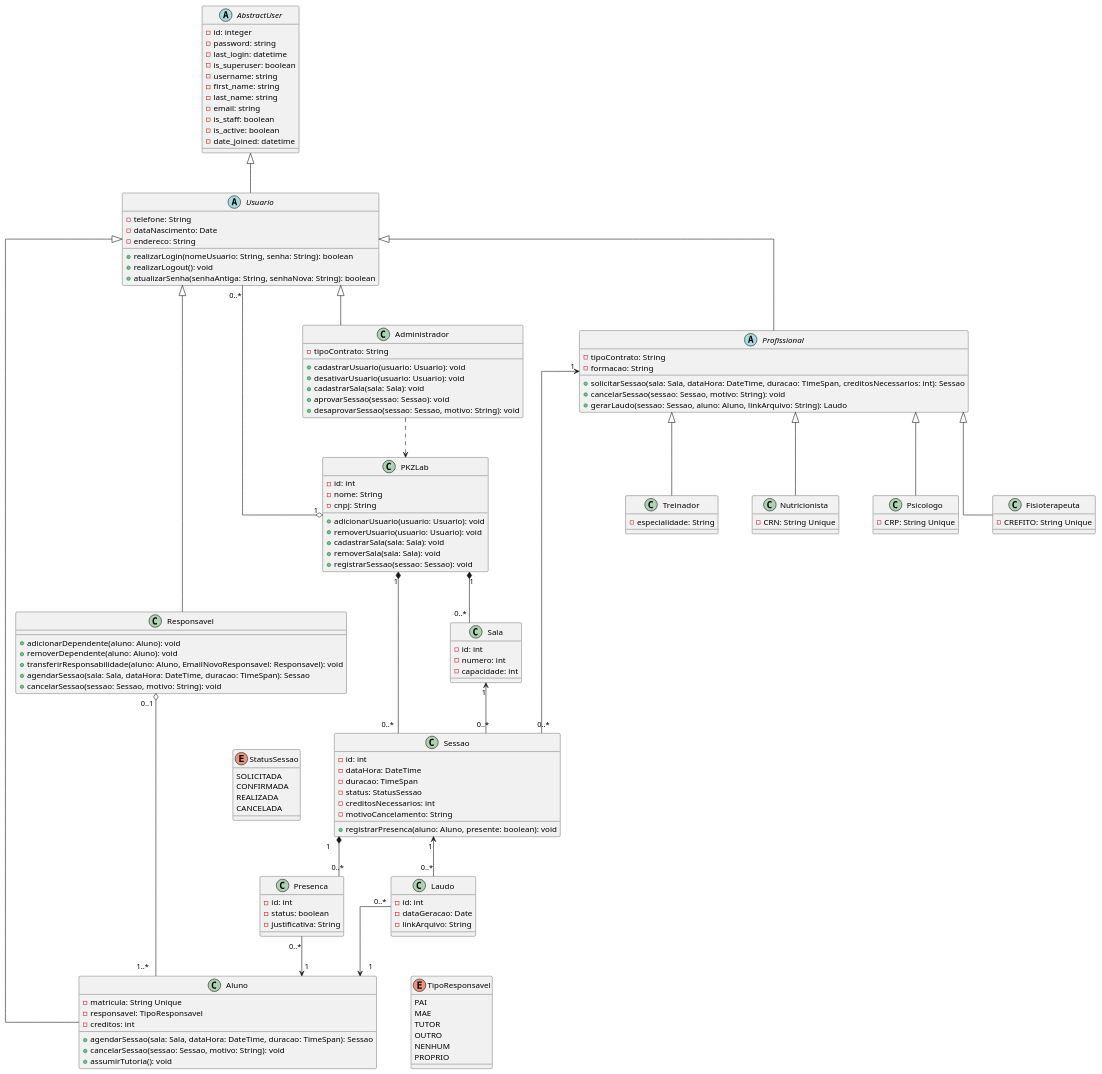
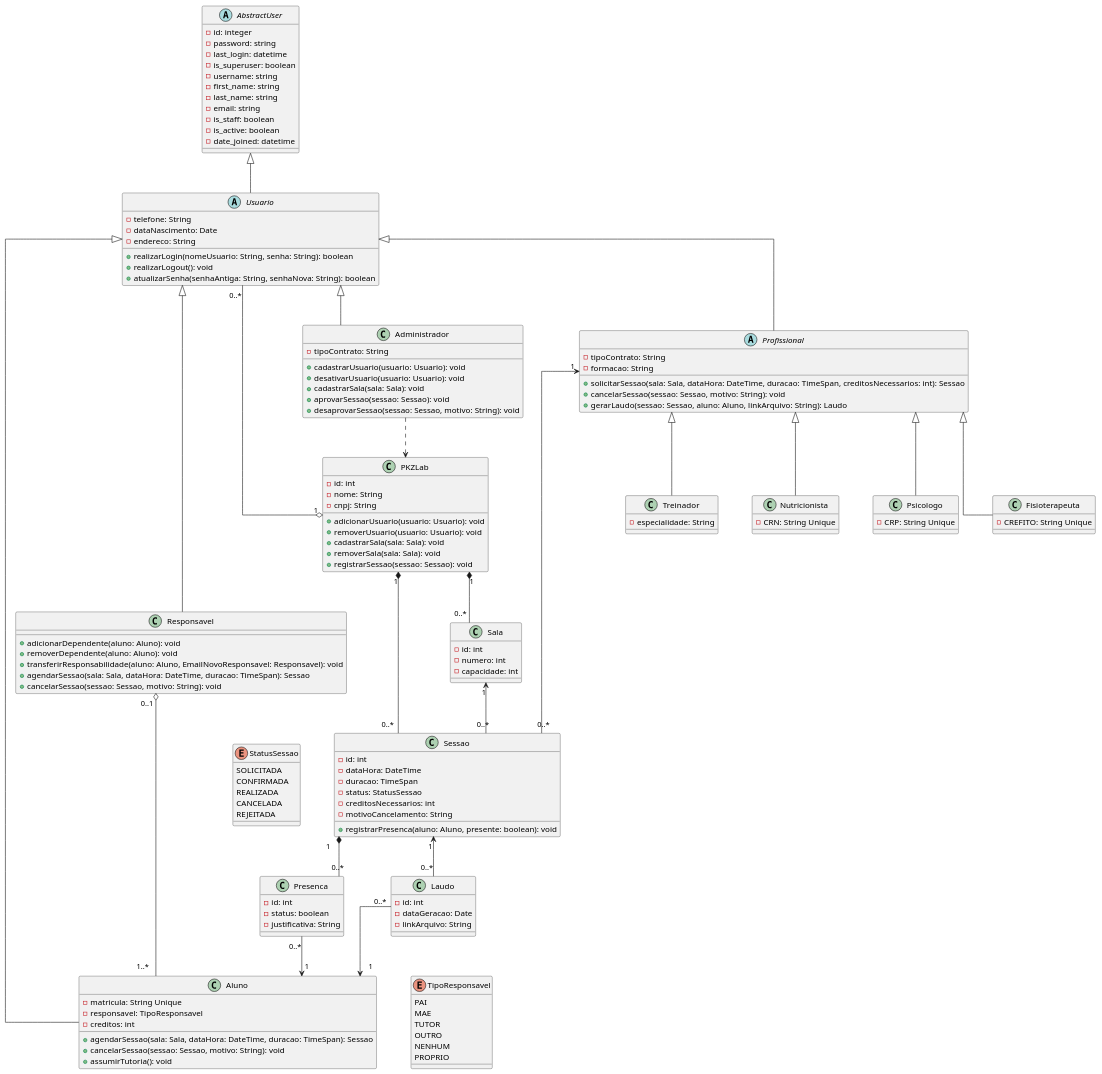
One commit to Projetos-de-Extensao/PECDII_26.2_8001_III changed the diagram in docs/Elaboracao/diagrama_de_classes.puml. Above: the diagram before and after it, drawn with PlantUML.

Commit message:
docs: atualiza o diagrama de classes, adicionando o atributo REJEITADA no enumerador StatusSessao

```diff
--- a/docs/Elaboracao/diagrama_de_classes.puml
+++ b/docs/Elaboracao/diagrama_de_classes.puml
@@ -1,187 +1,188 @@
 @startuml
 skinparam linetype ortho
 skinparam nodesep 60
 skinparam ranksep 70
 
 ' ==========================================
 ' ENUMS
 ' ==========================================
 enum StatusSessao {
     SOLICITADA
     CONFIRMADA
     REALIZADA
     CANCELADA
+    REJEITADA
+}
+
+enum TipoResponsavel {
+    PAI
+    MAE
+    TUTOR
+    OUTRO
+    NENHUM
+    PROPRIO
 }
 
 ' ==========================================
 ' AGREGADOR RAIZ / SISTEMA (PKZLab)
 ' ==========================================
 class PKZLab {
     - id: int
     - nome: String
     - cnpj: String
     + adicionarUsuario(usuario: Usuario): void
     + removerUsuario(usuario: Usuario): void
     + cadastrarSala(sala: Sala): void
     + removerSala(sala: Sala): void
     + registrarSessao(sessao: Sessao): void
 }
 
 ' ==========================================
 ' HIERARQUIA DE USUÁRIOS
 ' ==========================================
 
 abstract class AbstractUser {
     - id: integer
     - password: string
     - last_login: datetime
     - is_superuser: boolean
     - username: string
     - first_name: string
     - last_name: string
     - email: string
     - is_staff: boolean
     - is_active: boolean
     - date_joined: datetime
 }
 
 abstract class Usuario {
     - telefone: String
     - dataNascimento: Date
     - endereco: String
     + realizarLogin(nomeUsuario: String, senha: String): boolean
     + realizarLogout(): void
     + atualizarSenha(senhaAntiga: String, senhaNova: String): boolean
 }
 
 class Administrador {
     - tipoContrato: String
     + cadastrarUsuario(usuario: Usuario): void
     + desativarUsuario(usuario: Usuario): void
     + cadastrarSala(sala: Sala): void
     + aprovarSessao(sessao: Sessao): void
     + desaprovarSessao(sessao: Sessao, motivo: String): void
 }
 
 class Responsavel {
     + adicionarDependente(aluno: Aluno): void
     + removerDependente(aluno: Aluno): void
     + transferirResponsabilidade(aluno: Aluno, EmailNovoResponsavel: Responsavel): void
     + agendarSessao(sala: Sala, dataHora: DateTime, duracao: TimeSpan): Sessao
     + cancelarSessao(sessao: Sessao, motivo: String): void
 
-}
-
-enum TipoResponsavel {
-    PAI
-    MAE
-    TUTOR
-    OUTRO
-    NENHUM
-    PROPRIO
 }
 
 class Aluno {
     - matricula: String Unique
     - responsavel: TipoResponsavel
     - creditos: int
     + agendarSessao(sala: Sala, dataHora: DateTime, duracao: TimeSpan): Sessao
     + cancelarSessao(sessao: Sessao, motivo: String): void
     + assumirTutoria(): void
 }
 
 abstract class Profissional {
     - tipoContrato: String
     - formacao: String
     + solicitarSessao(sala: Sala, dataHora: DateTime, duracao: TimeSpan, creditosNecessarios: int): Sessao
     + cancelarSessao(sessao: Sessao, motivo: String): void
     + gerarLaudo(sessao: Sessao, aluno: Aluno, linkArquivo: String): Laudo
 }
 
 class Treinador {
     - especialidade: String
 }
 
 class Nutricionista {
     - CRN: String Unique
 }
 
 class Psicologo {
     - CRP: String Unique
 }
 
 class Fisioterapeuta{
     - CREFITO: String Unique
 }
 
 AbstractUser <|-- Usuario
 
 Usuario <|-- Administrador
 Usuario <|-- Responsavel
 Usuario <|-- Aluno
 Usuario <|-- Profissional
 
 Profissional <|-- Treinador
 Profissional <|-- Nutricionista
 Profissional <|-- Psicologo
 Profissional <|-- Fisioterapeuta
 
 Responsavel "0..1" o-- "1..*" Aluno
 
 TipoResponsavel -[hidden]left-> Aluno
 
 ' ==========================================
 ' SESSÃO, SALA E AGENDAMENTO
 ' ==========================================
 class Sala {
     - id: int
     - numero: int
     - capacidade: int
 }
 
 class Sessao {
     - id: int
     - dataHora: DateTime
     - duracao: TimeSpan
     - status: StatusSessao
     - creditosNecessarios: int
     - motivoCancelamento: String
     + registrarPresenca(aluno: Aluno, presente: boolean): void
 }
 
 class Presenca {
     - id: int
     - status: boolean
     - justificativa: String
 }
 
 class Laudo {
     - id: int
     - dataGeracao: Date
     - linkArquivo: String
 }
 
 ' ==========================================
 ' RELACIONAMENTOS DO PKZLab E ADMINISTRAÇÃO
 ' ==========================================
 PKZLab "1" o-- "0..*" Usuario
 PKZLab "1" *-- "0..*" Sala
 PKZLab "1" *-- "0..*" Sessao
 
 Administrador ..> PKZLab
 
 ' ==========================================
 ' RELACIONAMENTOS OPERACIONAIS
 ' ==========================================
 Profissional "1" <-- "0..*" Sessao
 Sala "1" <-- "0..*" Sessao
 
 Sessao "1" *-- "0..*" Presenca
 Presenca "0..*" --> "1" Aluno
 
 Sessao "1" <-- "0..*" Laudo
 Laudo "0..*" --> "1" Aluno
 
 StatusSessao -[hidden]right-> Sessao
 
 @enduml
```
